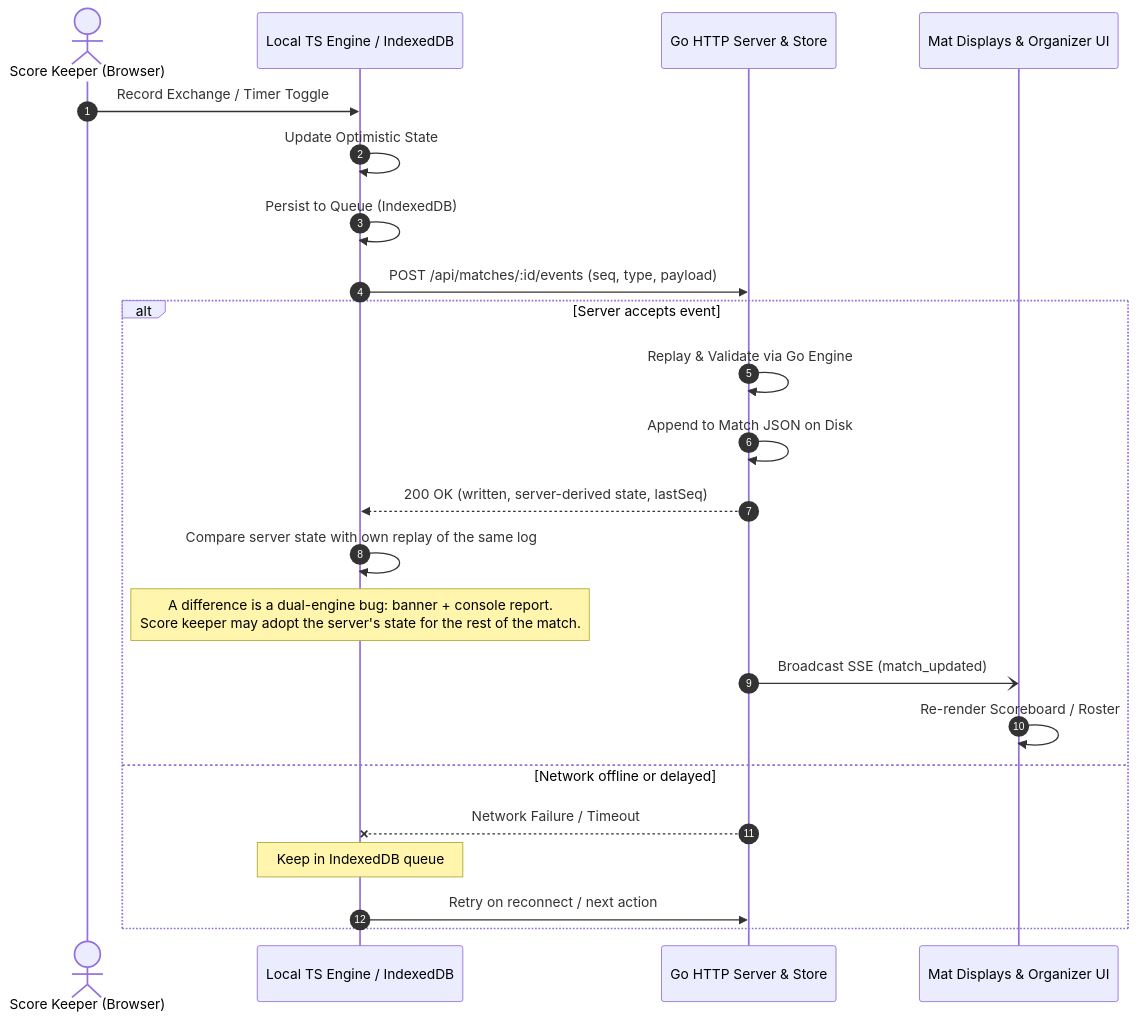
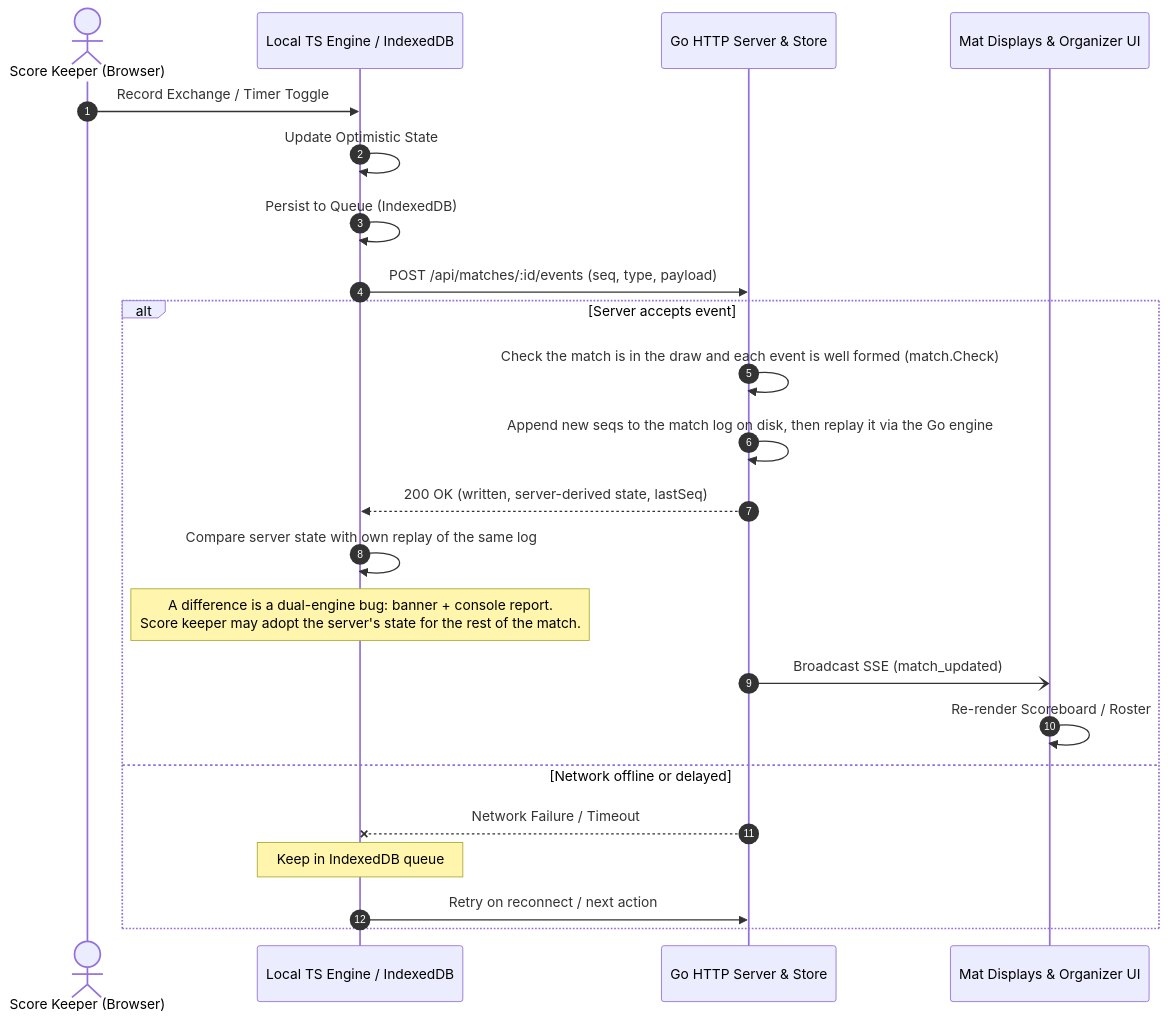
One commit to fylke/porta-di-ferro changed diagram 14 of 18 in docs/architecture.md. Above: the diagram before and after it, drawn with Mermaid. The commit also changed other lines of this file and 103 other files, not shown here.

````diff
--- a/docs/architecture.md
+++ b/docs/architecture.md
@@ -557,27 +564,27 @@
 ```mermaid
 sequenceDiagram
     autonumber
     actor SK as Score Keeper (Browser)
     participant LocalEngine as Local TS Engine / IndexedDB
     participant Server as Go HTTP Server & Store
     participant Displays as Mat Displays & Organizer UI
 
     SK->>LocalEngine: Record Exchange / Timer Toggle
     LocalEngine->>LocalEngine: Update Optimistic State
     LocalEngine->>LocalEngine: Persist to Queue (IndexedDB)
     LocalEngine->>Server: POST /api/matches/:id/events (seq, type, payload)
 
     alt Server accepts event
-        Server->>Server: Replay & Validate via Go Engine
-        Server->>Server: Append to Match JSON on Disk
+        Server->>Server: Check the match is in the draw and each event is well formed (match.Check)
+        Server->>Server: Append new seqs to the match log on disk, then replay it via the Go engine
         Server-->>LocalEngine: 200 OK (written, server-derived state, lastSeq)
         LocalEngine->>LocalEngine: Compare server state with own replay of the same log
         Note over LocalEngine: A difference is a dual-engine bug: banner + console report.<br/>Score keeper may adopt the server's state for the rest of the match.
         Server-)Displays: Broadcast SSE (match_updated)
         Displays->>Displays: Re-render Scoreboard / Roster
     else Network offline or delayed
         Server--xLocalEngine: Network Failure / Timeout
         Note over LocalEngine: Keep in IndexedDB queue
         LocalEngine->>Server: Retry on reconnect / next action
     end
 ```
````
